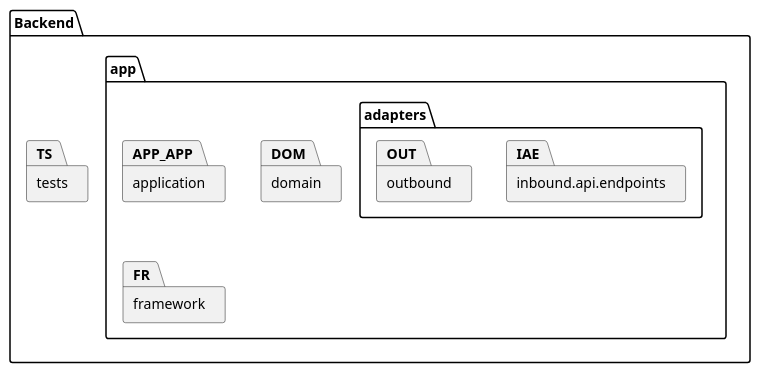
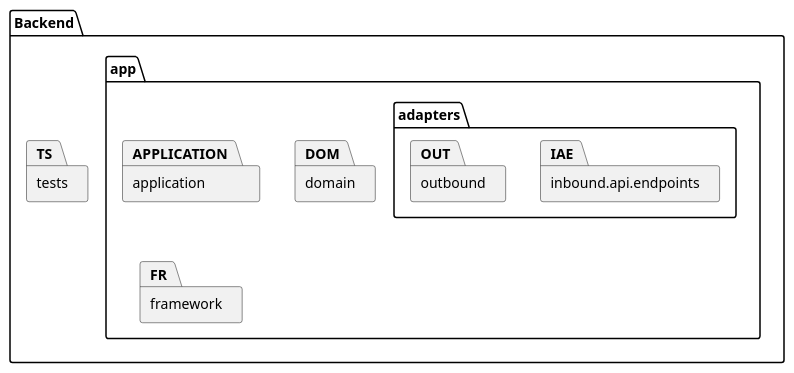
Before and after one commit to walle45611/NTUB_SecuManag_Diagram: the diagram in plantUML/package/backend.puml, drawn with PlantUML. The commit also changed 12 other files, not shown here.

First line of the commit message:
refactor: modify update ch07 diagram (#75)

```diff
--- a/plantUML/package/backend.puml
+++ b/plantUML/package/backend.puml
@@ -1,14 +1,14 @@
-@startuml
+@startuml backend-package
 package "Backend" as BE {
   package "app" as APP {
     package "adapters" as AD {
       package "inbound.api.endpoints" as IAE
       package "outbound" as OUT
     }
-    package "application" as APP_APP
+    package "application" as APPLICATION
     package "domain" as DOM
     package "framework" as FR
   }
   package "tests" as TS
 }
 @enduml
```
